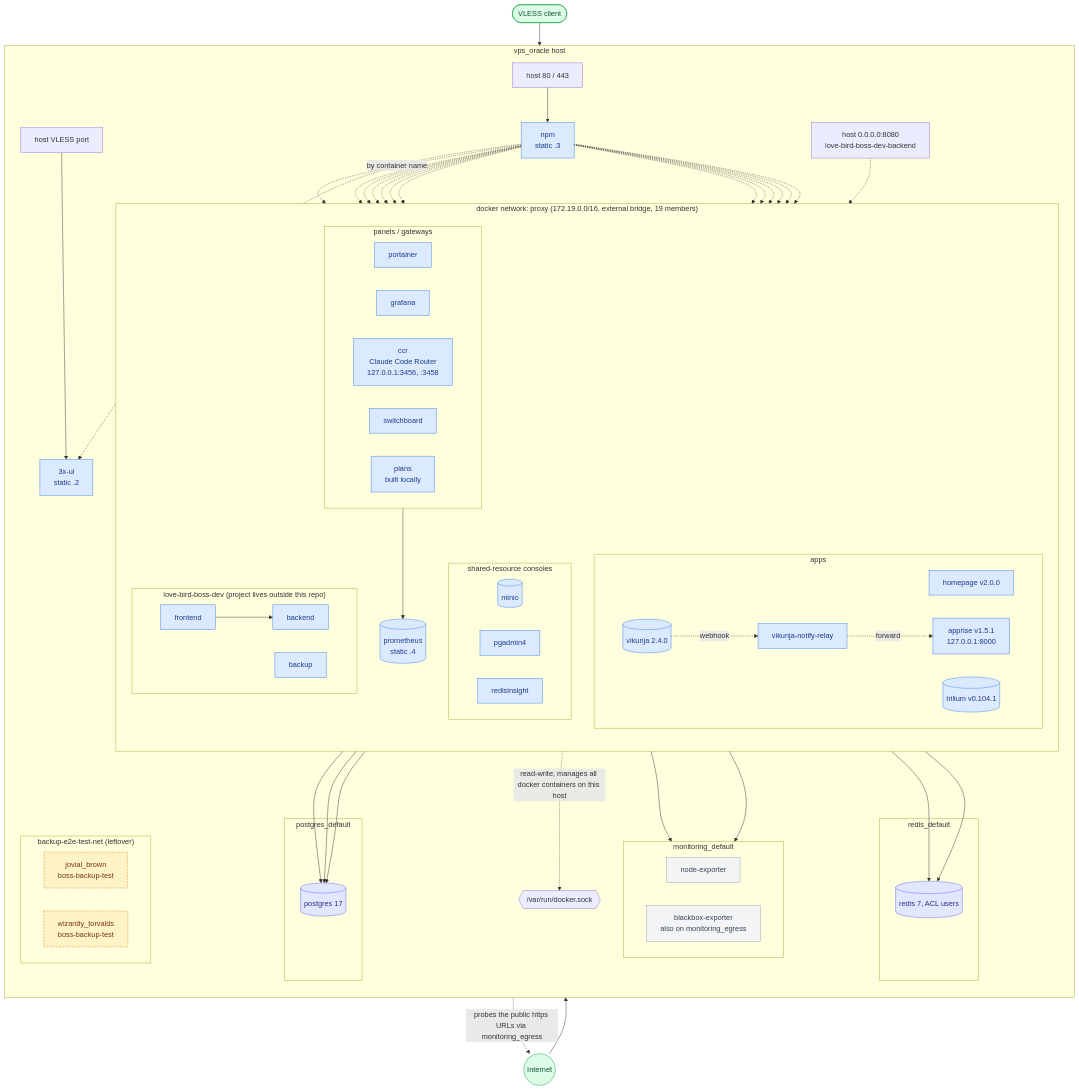
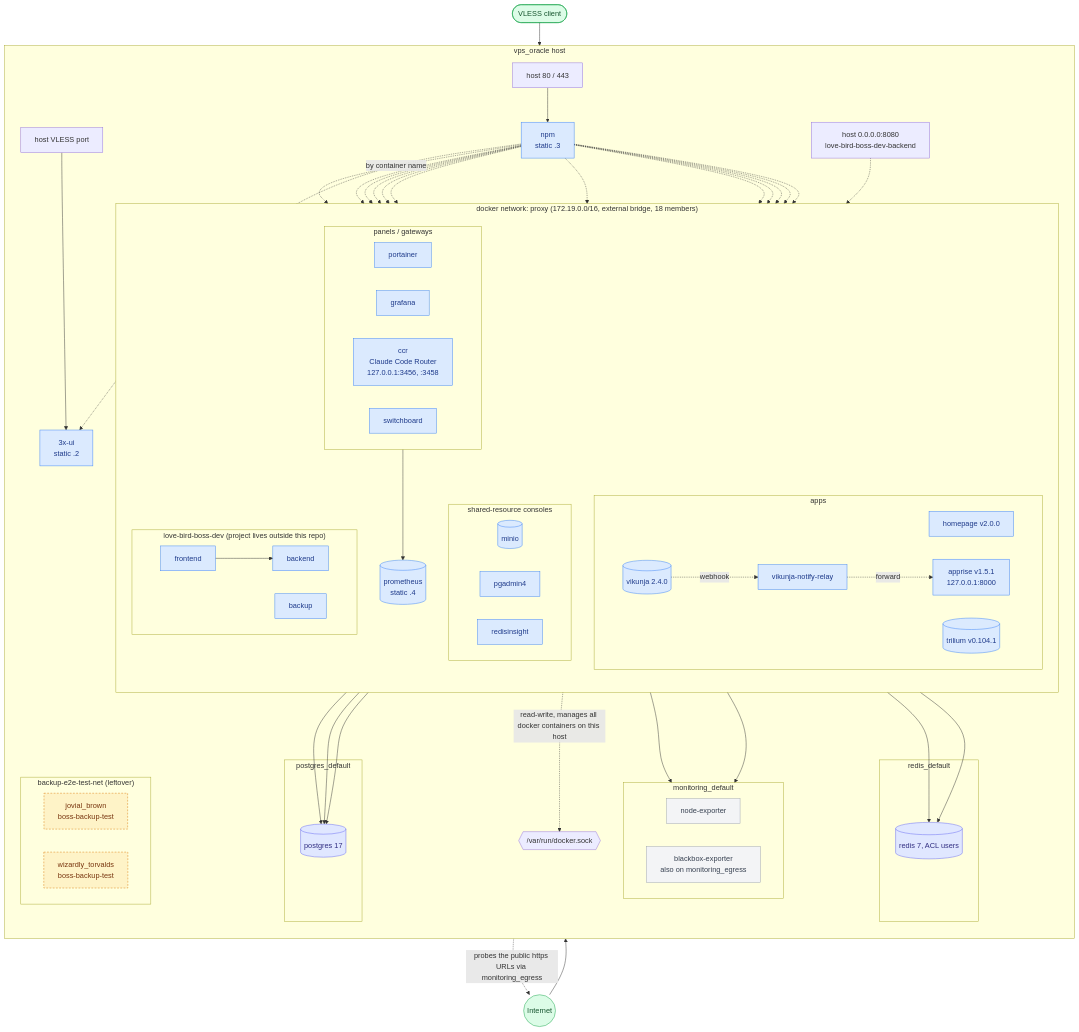
The third of 7 diagrams in docs/deployment-topology/v4.md (Jeromefromcn/docker-gitops), drawn with Mermaid before and after one commit. The commit also changed other lines of this file, not shown here.

Commit message:
feat(docs): update deployment topology to reflect plans migration to vps_gcp and remove gcp-verify

```diff
--- a/docs/deployment-topology/v4.md
+++ b/docs/deployment-topology/v4.md
@@ -147,7 +148,7 @@
         npm["npm<br/>static .3"]
         xui["3x-ui<br/>static .2"]
 
-        subgraph ProxyNet["docker network: proxy (172.19.0.0/16, external bridge, 19 members)"]
+        subgraph ProxyNet["docker network: proxy (172.19.0.0/16, external bridge, 18 members)"]
             direction TB
 
             subgraph Panels["panels / gateways"]
@@ -156,7 +157,6 @@
                 grafana["grafana"]
                 ccr["ccr<br/>Claude Code Router<br/>127.0.0.1:3456, :3458"]
                 switchboard["switchboard"]
-                plans["plans<br/>built locally"]
             end
 
             subgraph Apps["apps"]
@@ -212,7 +212,6 @@
     npm -.-> grafana
     npm -.-> ccr
     npm -.-> switchboard
-    npm -.-> plans
     npm -.-> homepage
     npm -.-> trilium
     npm -.-> vikunja
@@ -248,7 +247,7 @@
     classDef stray fill:#fef3c7,stroke:#d97706,color:#78350f,stroke-dasharray: 4 3
 
     class Internet,VlessClient entry
-    class npm,xui,portainer,grafana,ccr,switchboard,plans,homepage,trilium,vikunja,vjrelay,apprise,minio,pgadmin,redisinsight,prometheus,bossfe,bossbe,bossbk proxynet
+    class npm,xui,portainer,grafana,ccr,switchboard,homepage,trilium,vikunja,vjrelay,apprise,minio,pgadmin,redisinsight,prometheus,bossfe,bossbe,bossbk proxynet
     class nodeexp,blackbox internal
     class postgres,redis data
     class stray1,stray2 stray
```
